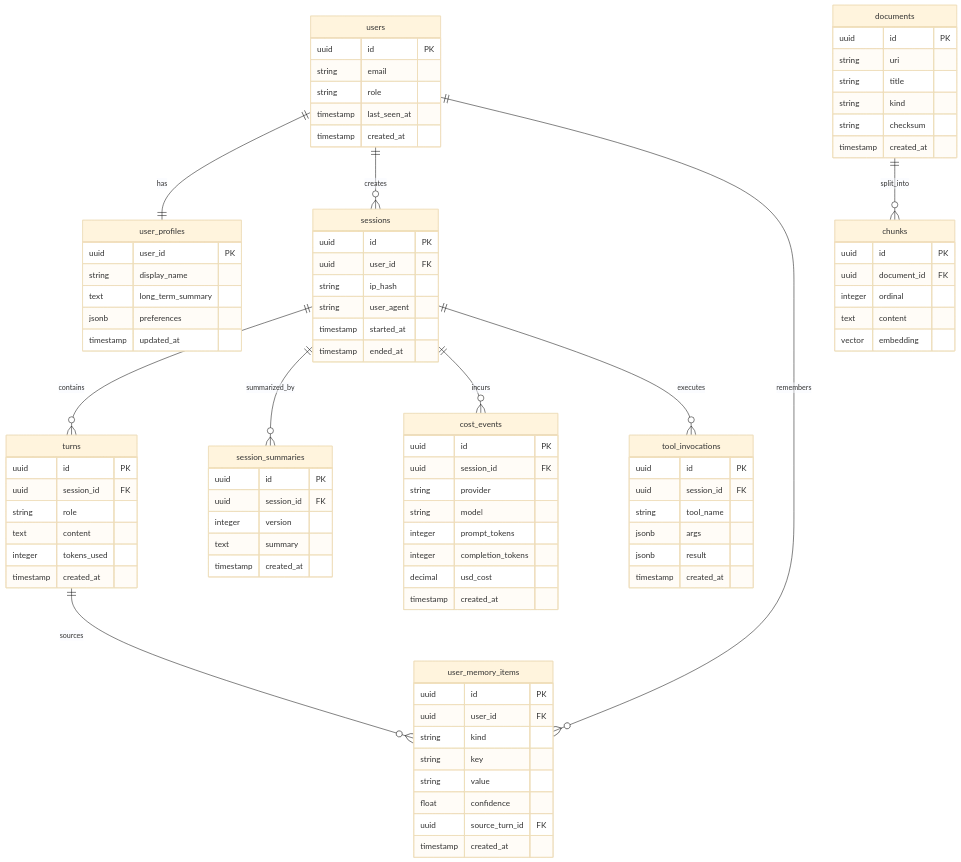
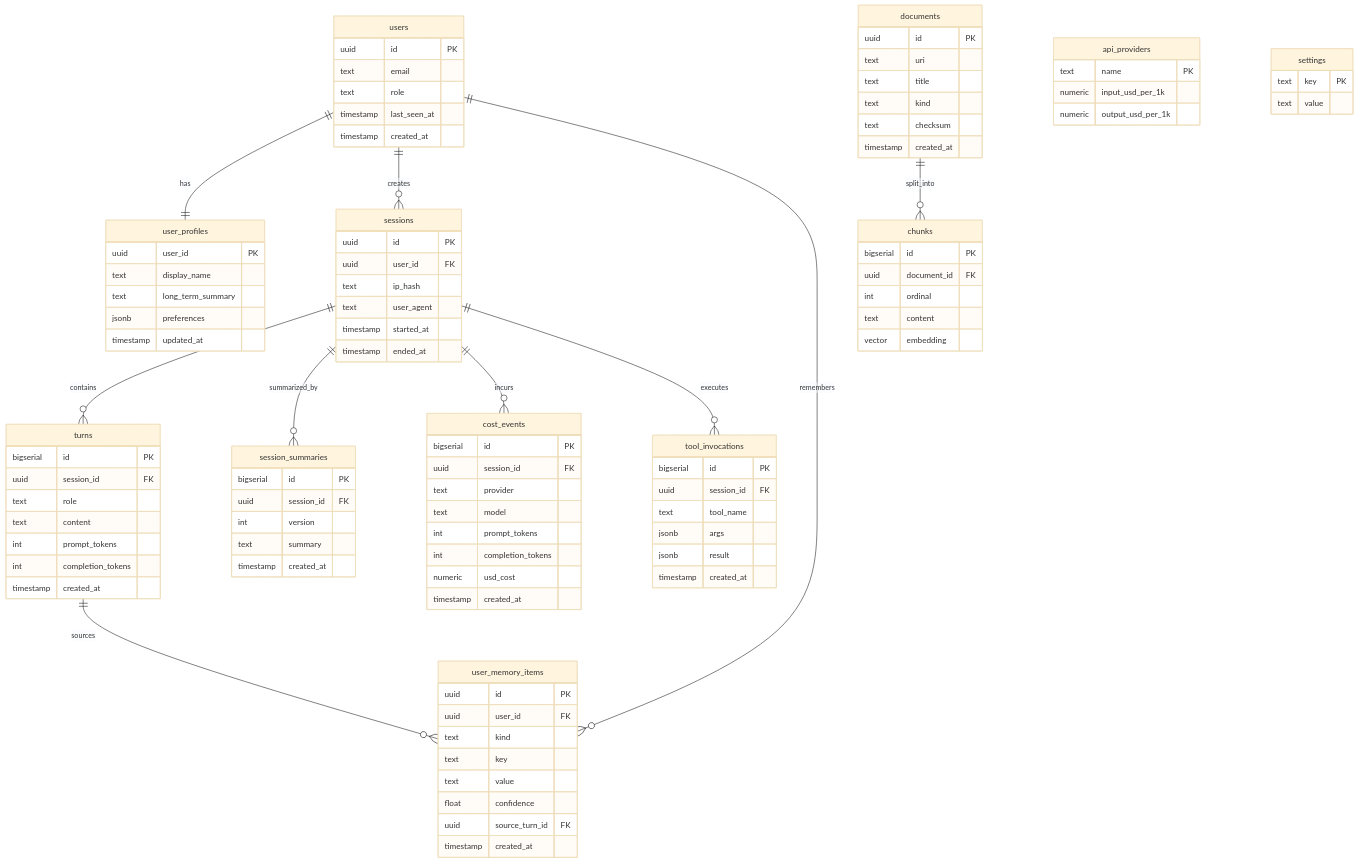
The fourth of 8 diagrams in README.md (LSG-hub/Project-001), drawn with Mermaid (base theme) before and after one commit. The commit also changed other lines of this file, not shown here.

```diff
--- a/README.md
+++ b/README.md
@@ -156,15 +226,15 @@
 erDiagram
     users {
         uuid id PK
-        string email
-        string role
+        text email
+        text role
         timestamp last_seen_at
         timestamp created_at
     }
     
     user_profiles {
         uuid user_id PK
-        string display_name
+        text display_name
         text long_term_summary
         jsonb preferences
         timestamp updated_at
@@ -173,42 +243,43 @@
     sessions {
         uuid id PK
         uuid user_id FK
-        string ip_hash
-        string user_agent
+        text ip_hash
+        text user_agent
         timestamp started_at
         timestamp ended_at
     }
     
     turns {
-        uuid id PK
+        bigserial id PK
         uuid session_id FK
-        string role
+        text role
         text content
-        integer tokens_used
+        int prompt_tokens
+        int completion_tokens
         timestamp created_at
     }
     
     session_summaries {
-        uuid id PK
+        bigserial id PK
         uuid session_id FK
-        integer version
+        int version
         text summary
         timestamp created_at
     }
     
     documents {
         uuid id PK
-        string uri
-        string title
-        string kind
-        string checksum
+        text uri
+        text title
+        text kind
+        text checksum
         timestamp created_at
     }
     
     chunks {
-        uuid id PK
+        bigserial id PK
         uuid document_id FK
-        integer ordinal
+        int ordinal
         text content
         vector embedding
     }
@@ -216,32 +287,43 @@
     user_memory_items {
         uuid id PK
         uuid user_id FK
-        string kind
-        string key
-        string value
+        text kind
+        text key
+        text value
         float confidence
         uuid source_turn_id FK
         timestamp created_at
     }
     
     cost_events {
-        uuid id PK
+        bigserial id PK
         uuid session_id FK
-        string provider
-        string model
-        integer prompt_tokens
-        integer completion_tokens
-        decimal usd_cost
+        text provider
+        text model
+        int prompt_tokens
+        int completion_tokens
+        numeric usd_cost
         timestamp created_at
     }
     
     tool_invocations {
-        uuid id PK
+        bigserial id PK
         uuid session_id FK
-        string tool_name
+        text tool_name
         jsonb args
         jsonb result
         timestamp created_at
+    }
+    
+    api_providers {
+        text name PK
+        numeric input_usd_per_1k
+        numeric output_usd_per_1k
+    }
+    
+    settings {
+        text key PK
+        text value
     }
     
     users ||--|| user_profiles : has
```
